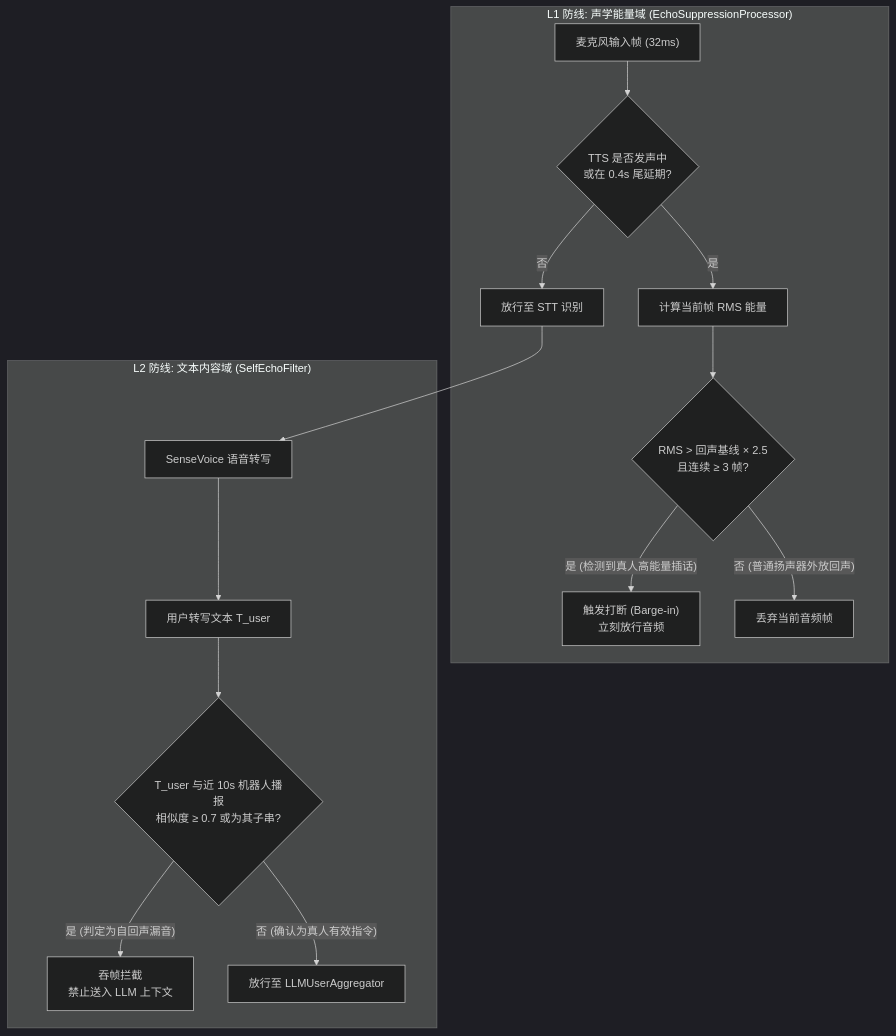
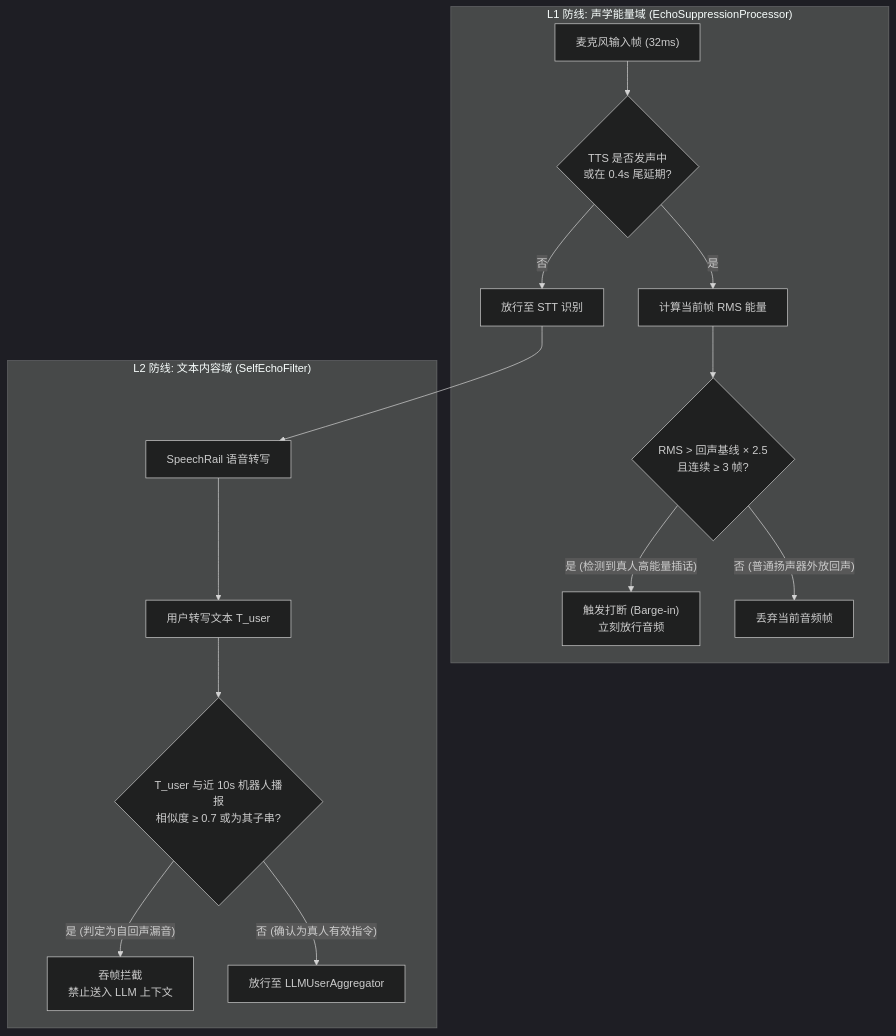
The sixth of 13 diagrams in docs/architecture/系统总体架构与详细设计方案.md (hrygo/voice-realtime), drawn with Mermaid (dark theme) before and after one commit. The commit also changed other lines of this file and 38 other files, not shown here.

````diff
--- a/docs/architecture/系统总体架构与详细设计方案.md
+++ b/docs/architecture/系统总体架构与详细设计方案.md
@@ -418,19 +412,19 @@
 ```mermaid
 flowchart TD
     subgraph L1_DEFENSE["L1 防线: 声学能量域 (EchoSuppressionProcessor)"]
         IN_FRAME["麦克风输入帧 (32ms)"] --> CHECK_BOT{"TTS 是否发声中<br/>或在 0.4s 尾延期?"}
         CHECK_BOT -->|否| PASS_L1["放行至 STT 识别"]
         CHECK_BOT -->|是| CALC_RMS["计算当前帧 RMS 能量"]
         CALC_RMS --> CHECK_RMS{"RMS > 回声基线 × 2.5<br/>且连续 ≥ 3 帧?"}
         CHECK_RMS -->|"是 (检测到真人高能量插话)"| BARGE_IN["触发打断 (Barge-in)<br/>立刻放行音频"]
         CHECK_RMS -->|"否 (普通扬声器外放回声)"| DROP_L1["丢弃当前音频帧"]
     end
 
     subgraph L2_DEFENSE["L2 防线: 文本内容域 (SelfEchoFilter)"]
-        PASS_L1 --> SENSEVOICE["SenseVoice 语音转写"]
-        SENSEVOICE --> TEXT_OUT["用户转写文本 T_user"]
+        PASS_L1 --> SPEECHRAIL_ASR["SpeechRail 语音转写"]
+        SPEECHRAIL_ASR --> TEXT_OUT["用户转写文本 T_user"]
         TEXT_OUT --> CHECK_TEXT{"T_user 与近 10s 机器人播报<br/>相似度 ≥ 0.7 或为其子串?"}
         CHECK_TEXT -->|"是 (判定为自回声漏音)"| SWALLOW["吞帧拦截<br/>禁止送入 LLM 上下文"]
         CHECK_TEXT -->|"否 (确认为真人有效指令)"| PASS_LLM["放行至 LLMUserAggregator"]
     end
 ```
````
